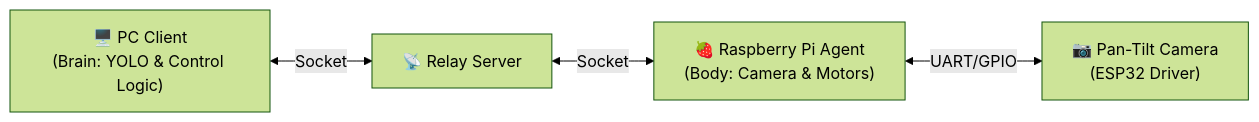
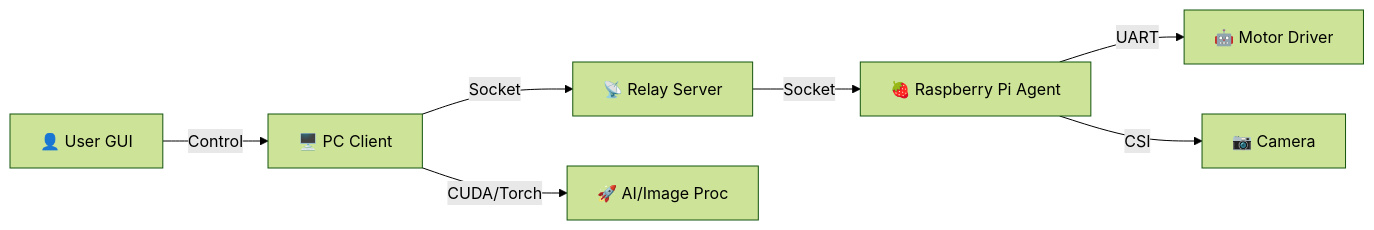
The diagram in README.md (leontnhaps/PTCamera_waveshare), drawn with Mermaid (forest theme) before and after one commit. The commit also changed other lines of this file and 5 other files, not shown here.

````diff
--- a/README.md
+++ b/README.md
@@ -27,6 +24,9 @@
 ```mermaid
 graph LR
-    Client["🖥️ PC Client<br>(Brain: YOLO & Control Logic)"] <-->|Socket| Server["📡 Relay Server"]
-    Server <-->|Socket| Pi["🍓 Raspberry Pi Agent<br>(Body: Camera & Motors)"]
-    Pi <-->|UART/GPIO| PT["📷 Pan-Tilt Camera<br>(ESP32 Driver)"]
+    User[👤 User GUI] -->|Control| PC[🖥️ PC Client]
+    PC -->|Socket| Server[📡 Relay Server]
+    Server -->|Socket| Pi[🍓 Raspberry Pi Agent]
+    Pi -->|UART| ESP32[🤖 Motor Driver]
+    Pi -->|CSI| Cam[📷 Camera]
+    PC -->|CUDA/Torch| GPU[🚀 AI/Image Proc]
 ```
````
